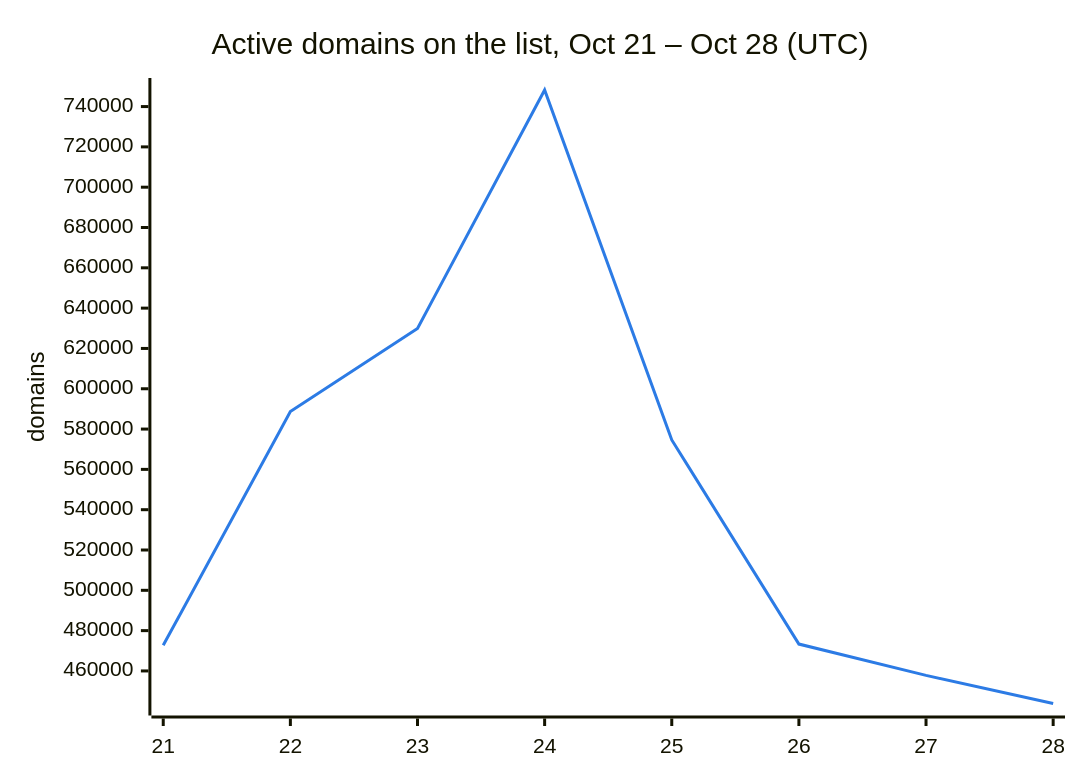
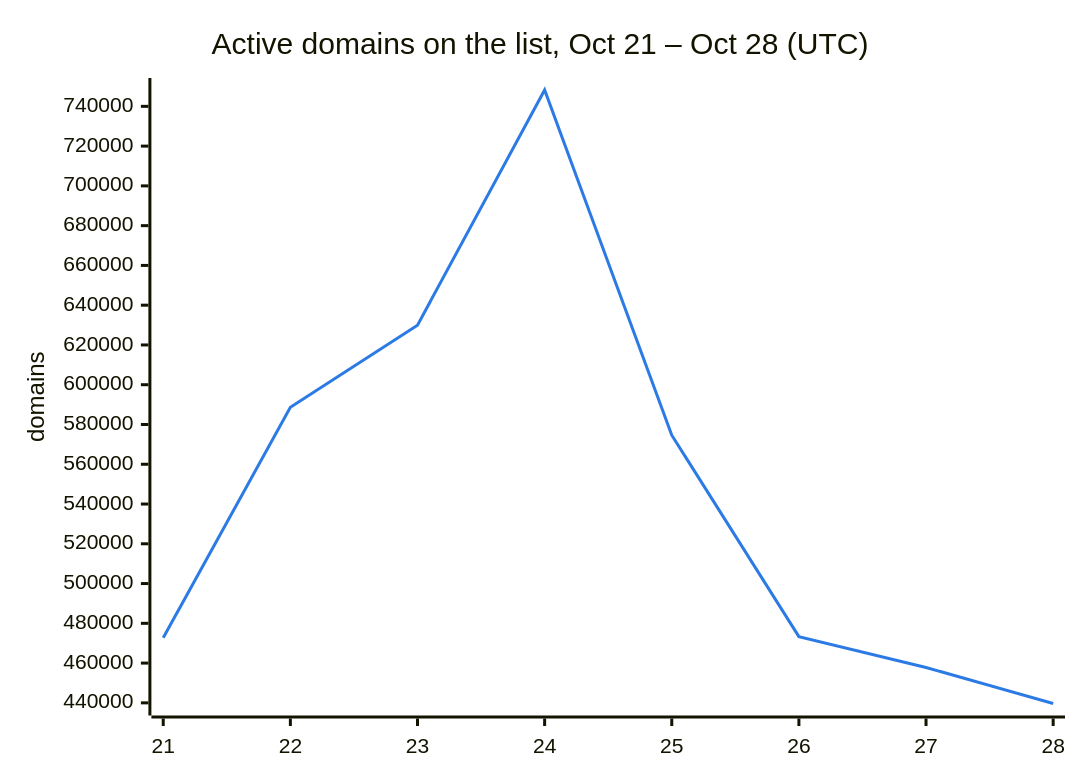
The second of 3 diagrams in README.md (DNSBunker/CTI), drawn with Mermaid before and after one commit. The commit also changed other lines of this file and 3 other files, not shown here.

````diff
--- a/README.md
+++ b/README.md
@@ -38,8 +38,8 @@
 ```mermaid
 %%{init: {"themeVariables": {"xyChart": {"plotColorPalette": "#2c7be5"}}}}%%
 xychart-beta
     title "Active domains on the list, Oct 21 – Oct 28 (UTC)"
     x-axis ["21", "22", "23", "24", "25", "26", "27", "28"]
     y-axis "domains"
-    line [472713, 588659, 629951, 748222, 574614, 473331, 457795, 443847]
+    line [472713, 588659, 629951, 748222, 574614, 473331, 457795, 439679]
 ```
````
